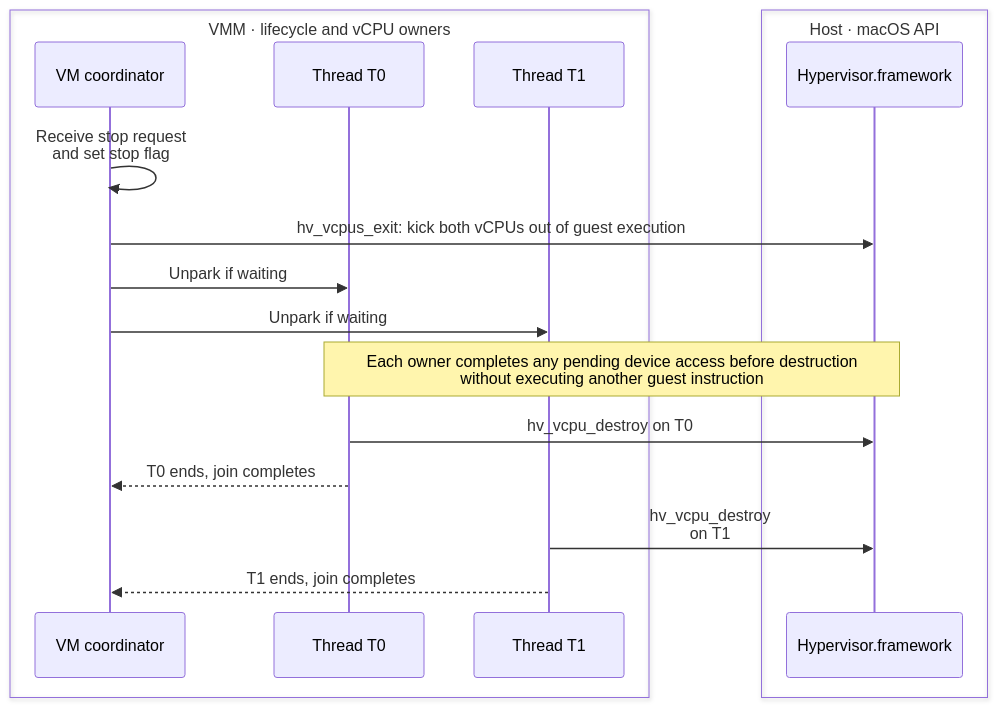
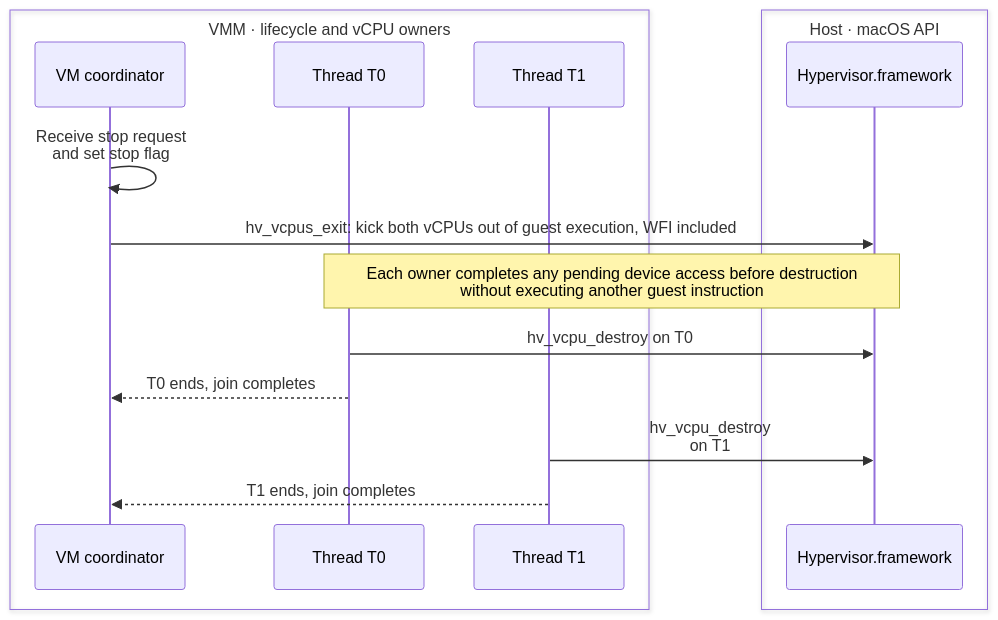
The eighth of 9 diagrams in docs/contributing/architecture/vmm/hvf.md (boxlite-ai/boxlite), drawn with Mermaid before and after one commit. The commit also changed other lines of this file and 16 other files, not shown here.

````diff
--- a/docs/contributing/architecture/vmm/hvf.md
+++ b/docs/contributing/architecture/vmm/hvf.md
@@ -246,28 +239,24 @@
 ```mermaid
 sequenceDiagram
   box VMM · lifecycle and vCPU owners
     participant coordinator as VM coordinator
     participant thread0 as Thread T0
     participant thread1 as Thread T1
   end
   box Host · macOS API
     participant hvf as Hypervisor.framework
   end
   %% edge:stop_flag
   coordinator->>coordinator: Receive stop request<br/>and set stop flag
   %% edge:stop_kick
-  coordinator->>hvf: hv_vcpus_exit: kick both vCPUs out of guest execution
-  %% edge:stop_unpark0
-  coordinator->>thread0: Unpark if waiting
-  %% edge:stop_unpark1
-  coordinator->>thread1: Unpark if waiting
+  coordinator->>hvf: hv_vcpus_exit: kick both vCPUs out of guest execution, WFI included
   Note over thread0,hvf: Each owner completes any pending device access before destruction<br/>without executing another guest instruction
   %% edge:stop_destroy0
   thread0->>hvf: hv_vcpu_destroy on T0
   %% edge:stop_done0
   thread0-->>coordinator: T0 ends, join completes
   %% edge:stop_destroy1
   thread1->>hvf: hv_vcpu_destroy<br/>on T1
   %% edge:stop_done1
   thread1-->>coordinator: T1 ends, join completes
 ```
````
